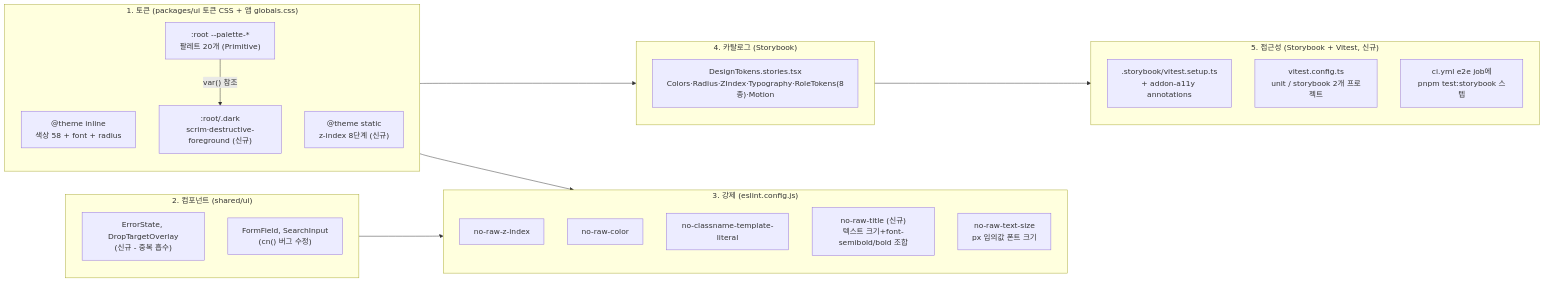
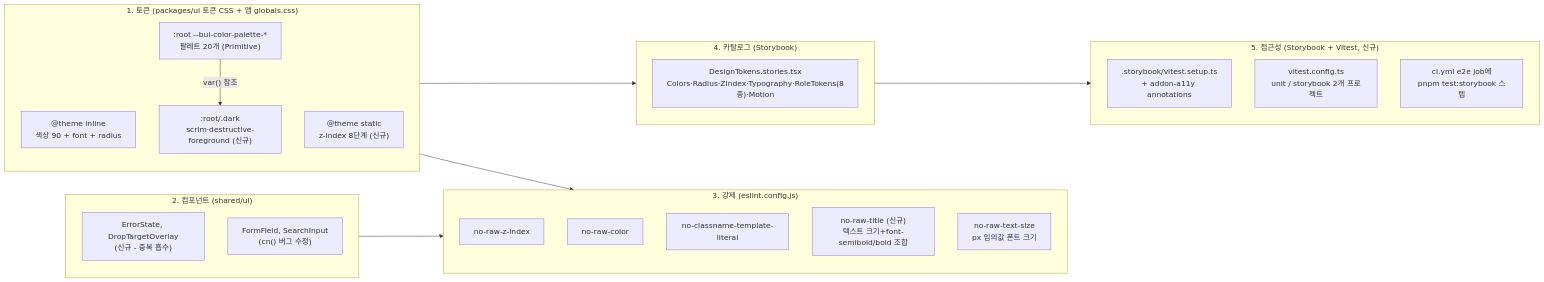
One commit to BAECHAN/link-sphere_FE_NEW changed the second of 4 diagrams in docs/DESIGN-SYSTEM.md. Above: the diagram before and after it, drawn with Mermaid. The commit also changed other lines of this file and 26 other files, not shown here.

````diff
--- a/docs/DESIGN-SYSTEM.md
+++ b/docs/DESIGN-SYSTEM.md
@@ -89,33 +89,33 @@
 ```mermaid
 flowchart LR
     subgraph tokens ["1. 토큰 (packages/ui 토큰 CSS + 앱 globals.css)"]
-        T1["@theme inline<br/>색상 58 + font + radius"]
+        T1["@theme inline<br/>색상 90 + font + radius"]
         T2["@theme static<br/>z-index 8단계 (신규)"]
         T3[":root/.dark<br/>scrim·destructive-foreground (신규)"]
-        T0[":root --palette-*<br/>팔레트 20개 (Primitive)"]
+        T0[":root --bui-color-palette-*<br/>팔레트 20개 (Primitive)"]
     end
     T0 -->|"var() 참조"| T3
     subgraph components ["2. 컴포넌트 (shared/ui)"]
         C1["ErrorState, DropTargetOverlay<br/>(신규 - 중복 흡수)"]
         C2["FormField, SearchInput<br/>(cn() 버그 수정)"]
     end
     subgraph enforce ["3. 강제 (eslint.config.js)"]
         E1["no-raw-z-index"]
         E2["no-raw-color"]
         E3["no-classname-template-literal"]
         E4["no-raw-title (신규)<br/>텍스트 크기+font-semibold/bold 조합"]
         E5["no-raw-text-size<br/>px 임의값 폰트 크기"]
     end
     subgraph catalog ["4. 카탈로그 (Storybook)"]
         S1["DesignTokens.stories.tsx<br/>Colors·Radius·ZIndex·Typography·RoleTokens(8종)·Motion"]
     end
     subgraph a11y ["5. 접근성 (Storybook + Vitest, 신규)"]
         AX1[".storybook/vitest.setup.ts<br/>+ addon-a11y annotations"]
         AX2["vitest.config.ts<br/>unit / storybook 2개 프로젝트"]
         AX3["ci.yml e2e job에<br/>pnpm test:storybook 스텝"]
     end
     tokens --> enforce
     components --> enforce
     tokens --> catalog
     catalog --> a11y
 ```
````
